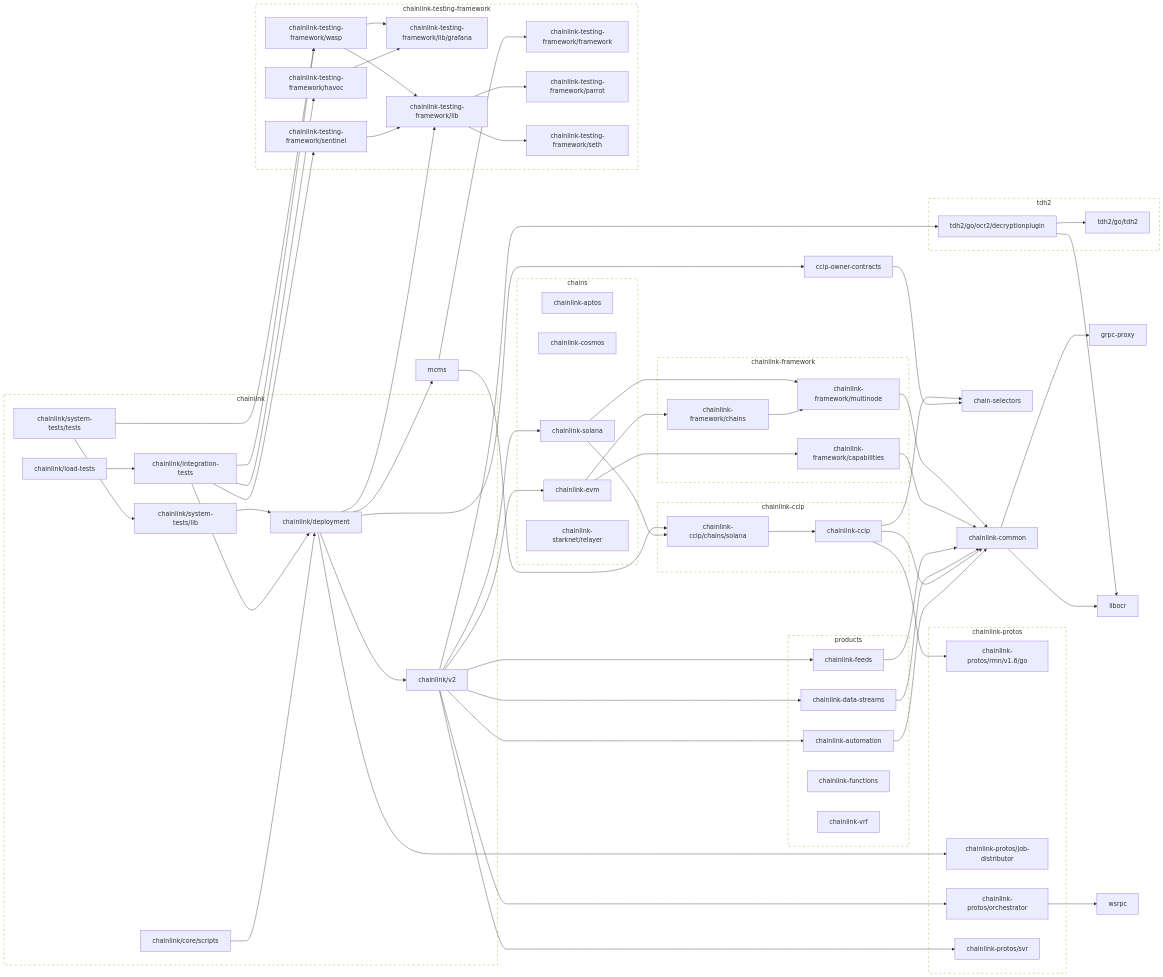
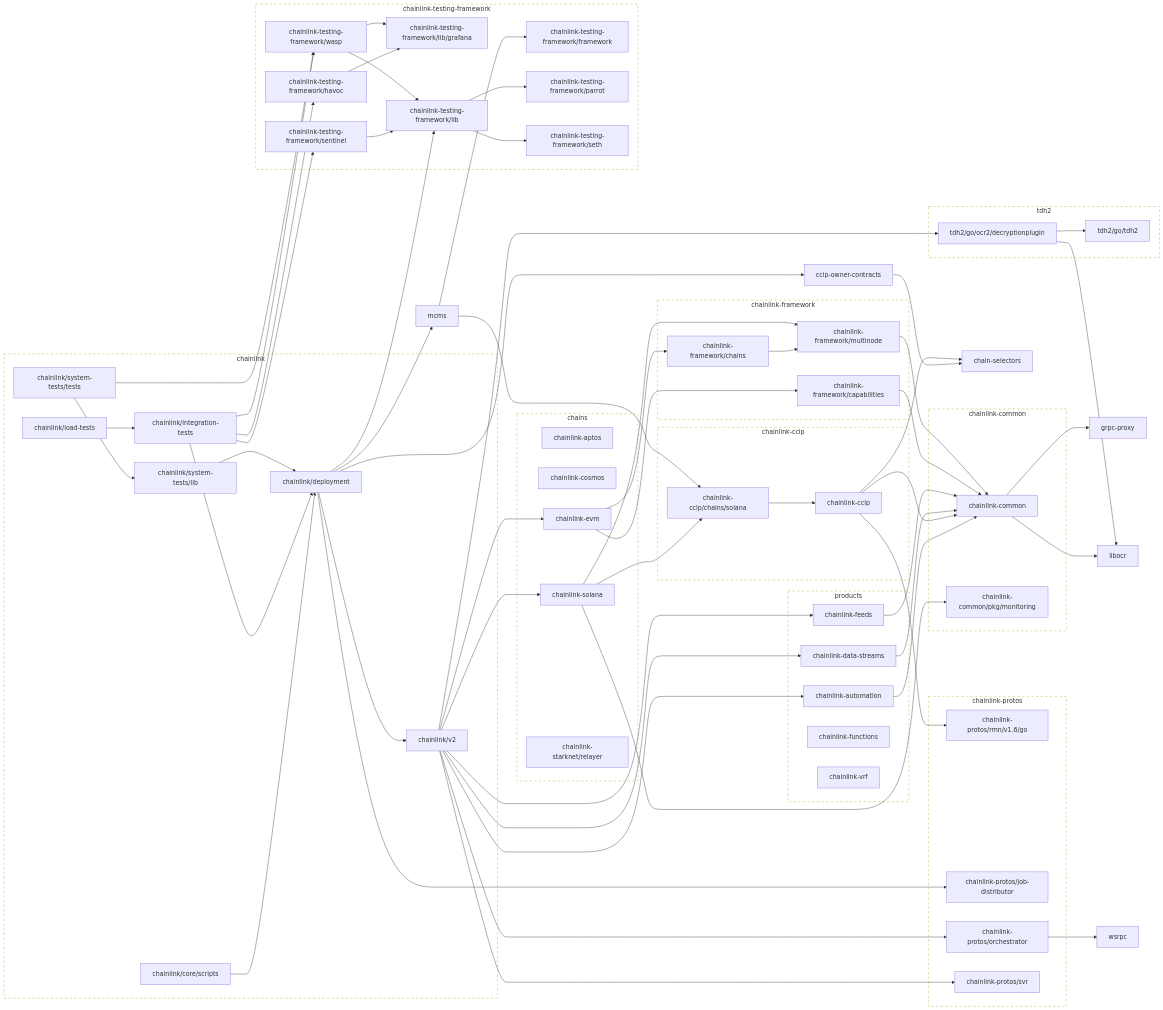
Before and after one commit to smartcontractkit/chainlink: the second of 2 diagrams in go.md, drawn with Mermaid. The commit also changed other lines of this file and 15 other files, not shown here.

Commit message:
bump solana & common

````diff
--- a/go.md
+++ b/go.md
@@ -143,6 +152,8 @@
 	chainlink-common --> grpc-proxy
 	chainlink-common --> libocr
 	click chainlink-common href "https://github.com/smartcontractkit/chainlink-common"
+	chainlink-common/pkg/monitoring
+	click chainlink-common/pkg/monitoring href "https://github.com/smartcontractkit/chainlink-common"
 	chainlink-data-streams --> chainlink-common
 	click chainlink-data-streams href "https://github.com/smartcontractkit/chainlink-data-streams"
 	chainlink-evm --> chainlink-framework/capabilities
@@ -165,6 +176,7 @@
 	chainlink-protos/svr
 	click chainlink-protos/svr href "https://github.com/smartcontractkit/chainlink-protos"
 	chainlink-solana --> chainlink-ccip/chains/solana
+	chainlink-solana --> chainlink-common/pkg/monitoring
 	chainlink-solana --> chainlink-framework/multinode
 	click chainlink-solana href "https://github.com/smartcontractkit/chainlink-solana"
 	chainlink-testing-framework/framework
@@ -246,6 +258,12 @@
 	end
 	click chainlink-ccip-repo href "https://github.com/smartcontractkit/chainlink-ccip"
 
+	subgraph chainlink-common-repo[chainlink-common]
+		 chainlink-common
+		 chainlink-common/pkg/monitoring
+	end
+	click chainlink-common-repo href "https://github.com/smartcontractkit/chainlink-common"
+
 	subgraph chainlink-framework-repo[chainlink-framework]
 		 chainlink-framework/capabilities
 		 chainlink-framework/chains
@@ -280,5 +298,5 @@
 	click tdh2-repo href "https://github.com/smartcontractkit/tdh2"
 
 	classDef outline stroke-dasharray:6,fill:none;
-	class chainlink-repo,chainlink-ccip-repo,chainlink-framework-repo,chainlink-protos-repo,chainlink-testing-framework-repo,tdh2-repo outline
+	class chainlink-repo,chainlink-ccip-repo,chainlink-common-repo,chainlink-framework-repo,chainlink-protos-repo,chainlink-testing-framework-repo,tdh2-repo outline
 ```
````
